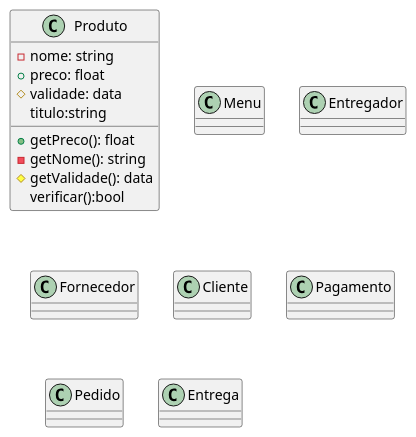
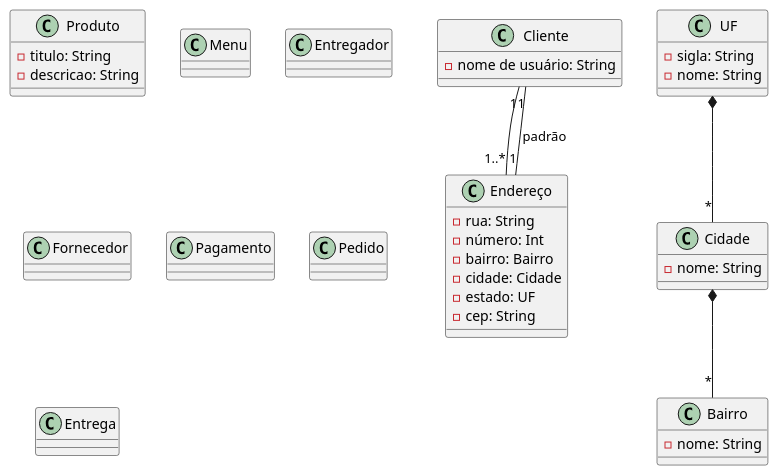
The diagram in docs/diagramas_classe/classes_principais.wsd (professortavares/techshot_python_enacom), drawn with PlantUML before and after one commit. The commit also changed 1 other file, not shown here.

```diff
--- a/docs/diagramas_classe/classes_principais.wsd
+++ b/docs/diagramas_classe/classes_principais.wsd
@@ -1,27 +1,51 @@
 @startuml diagramaEnaFood
 class Produto{
-    - nome: string
-    + preco: float 
-    # validade: data
-    titulo:string
+    - titulo: String
+    - descricao: String
+}
 
-    + getPreco(): float
-    - getNome(): string
-    # getValidade(): data
-    verificar():bool
+class Cliente{
+    - nome de usuário: String
+}
+
+class Endereço {
+    - rua: String
+    - número: Int
+    - bairro: Bairro
+    - cidade: Cidade
+    - estado: UF
+    - cep: String
+}
+
+class UF {
+    - sigla: String
+    - nome: String
+}
+
+class Cidade{
+    - nome: String
+}
+
+class Bairro {
+    - nome: String
 }
 
 class Menu{}
 
 class Entregador{}
 
 class Fornecedor{}
 
-class Cliente{}
 
 class Pagamento{}
 
 class Pedido{}
 
 class Entrega{}
+
+UF *-- "*" Cidade 
+Cidade *-- "*" Bairro
+Cliente "1" -- "1..*" Endereço
+Cliente "1" -- "1" Endereço : padrão
+
 @enduml
```
